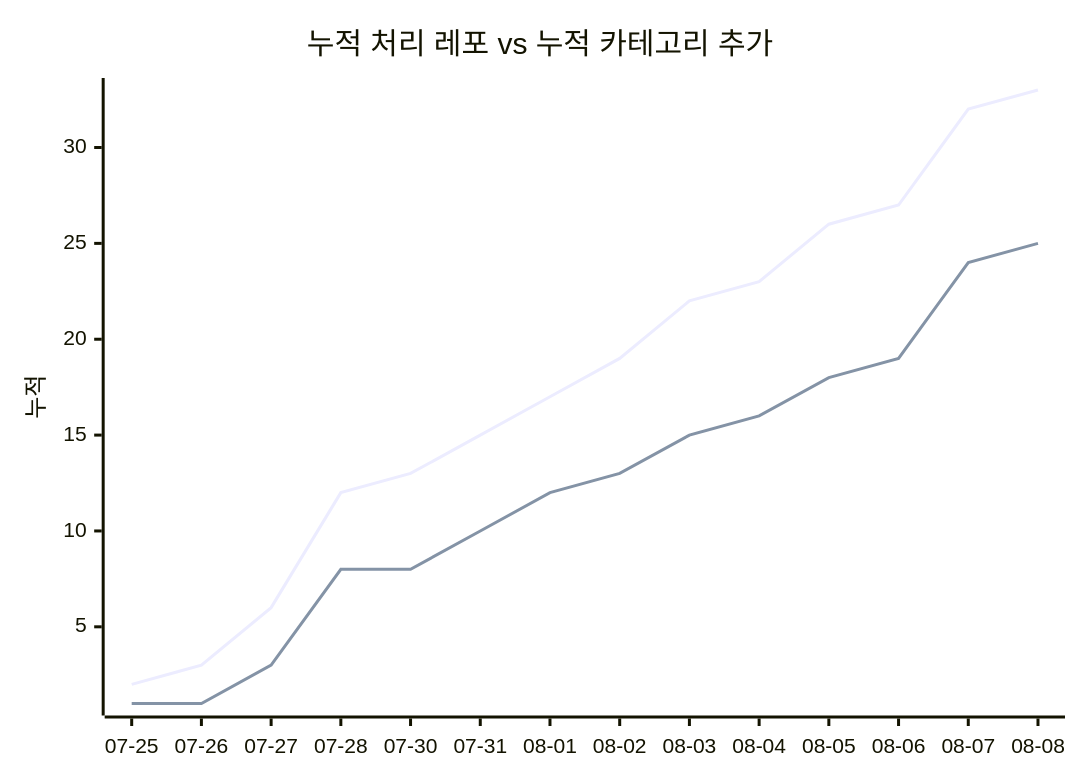
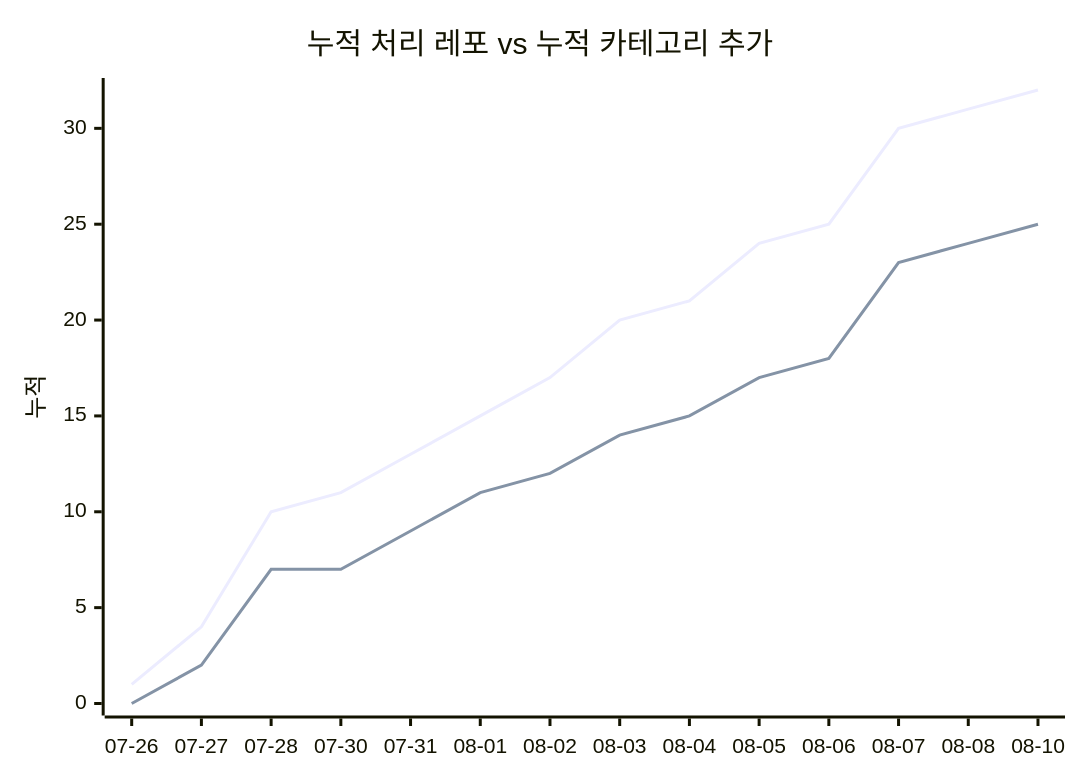
Before and after one commit to J-nowcow/awesome-korean-agent-skills: the second of 2 diagrams in docs/trends.md, drawn with Mermaid. The commit also changed other lines of this file and 4 other files, not shown here.

````diff
--- a/docs/trends.md
+++ b/docs/trends.md
@@ -68,8 +68,8 @@
 ```mermaid
 xychart-beta
     title "누적 처리 레포 vs 누적 카테고리 추가"
-    x-axis ["07-25","07-26","07-27","07-28","07-30","07-31","08-01","08-02","08-03","08-04","08-05","08-06","08-07","08-08"]
+    x-axis ["07-26","07-27","07-28","07-30","07-31","08-01","08-02","08-03","08-04","08-05","08-06","08-07","08-08","08-10"]
     y-axis "누적"
-    line [2,3,6,12,13,15,17,19,22,23,26,27,32,33]
-    line [1,1,3,8,8,10,12,13,15,16,18,19,24,25]
+    line [1,4,10,11,13,15,17,20,21,24,25,30,31,32]
+    line [0,2,7,7,9,11,12,14,15,17,18,23,24,25]
 ```
````
